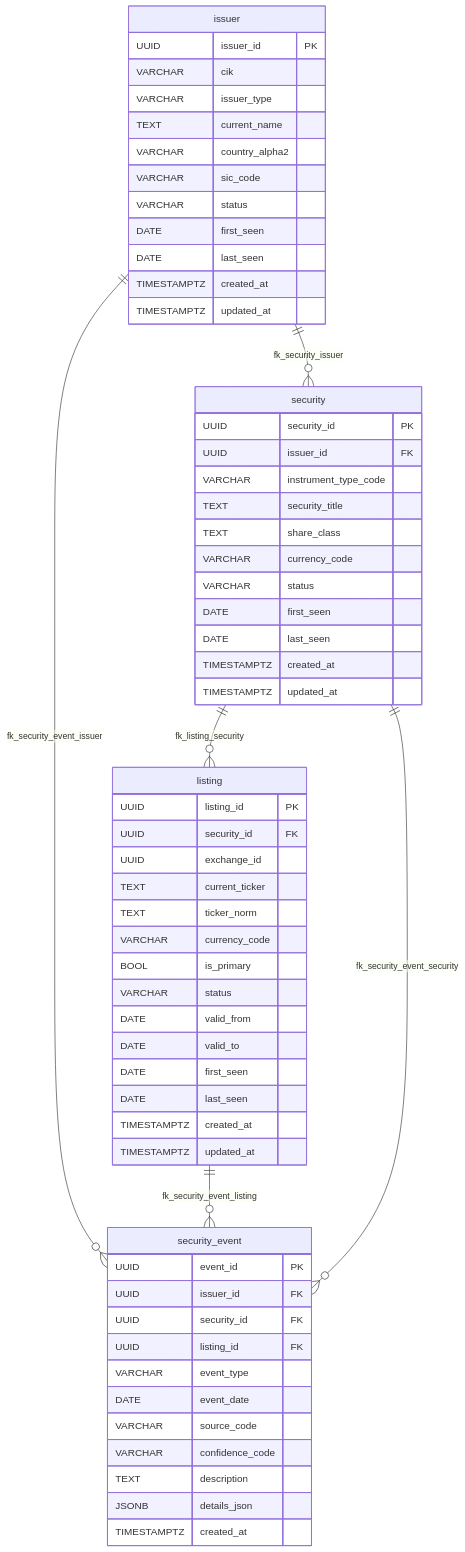
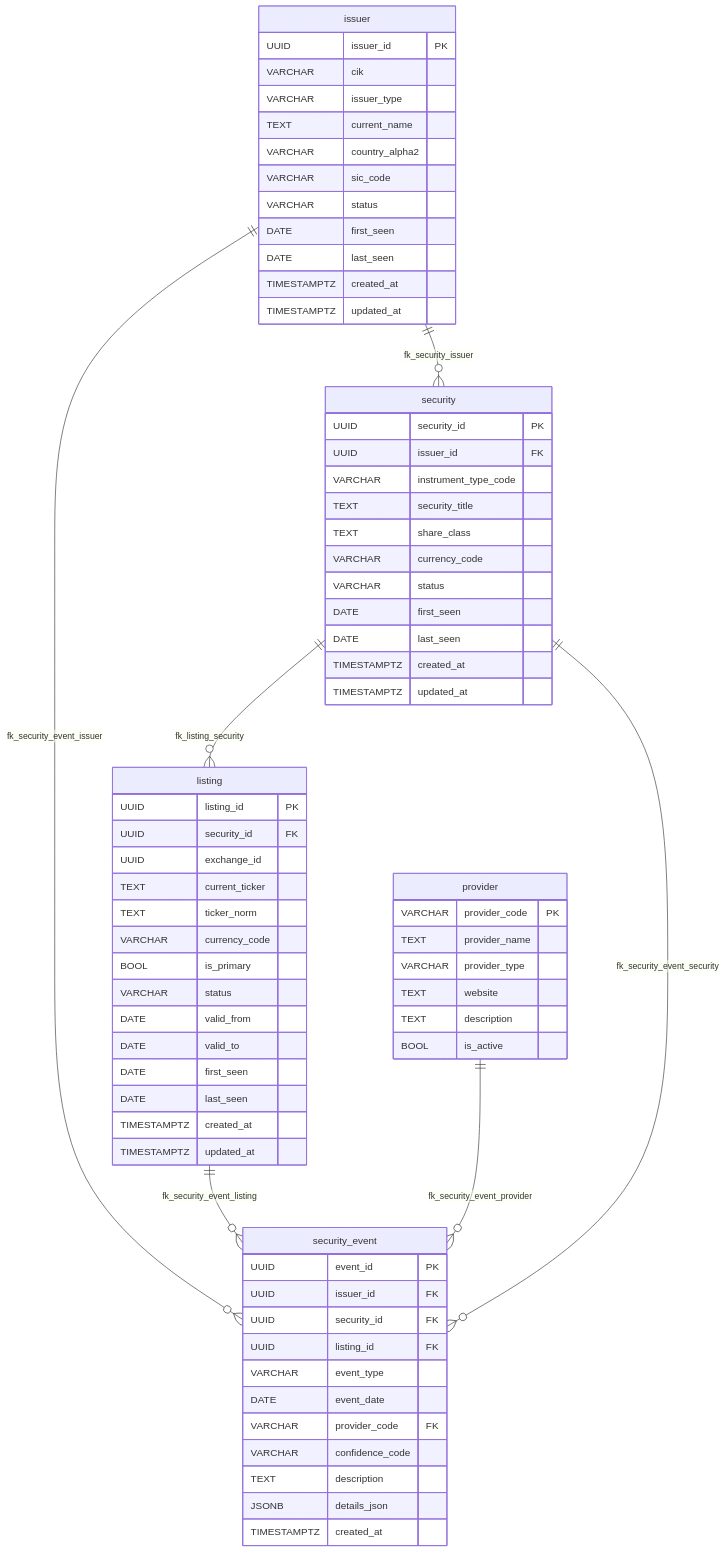
Before and after one commit to cmhettinger/empire: the diagram in docs/db/stonks/generated/erd-groups/security-events.md, drawn with Mermaid. The commit also changed 79 other files, not shown here.

````diff
--- a/docs/db/stonks/generated/erd-groups/security-events.md
+++ b/docs/db/stonks/generated/erd-groups/security-events.md
@@ -1,67 +1,77 @@
 ```mermaid
 erDiagram
   issuer {
     UUID issuer_id PK
     VARCHAR cik
     VARCHAR issuer_type
     TEXT current_name
     VARCHAR country_alpha2
     VARCHAR sic_code
     VARCHAR status
     DATE first_seen
     DATE last_seen
     TIMESTAMPTZ created_at
     TIMESTAMPTZ updated_at
   }
 
   listing {
     UUID listing_id PK
     UUID security_id FK
     UUID exchange_id
     TEXT current_ticker
     TEXT ticker_norm
     VARCHAR currency_code
     BOOL is_primary
     VARCHAR status
     DATE valid_from
     DATE valid_to
     DATE first_seen
     DATE last_seen
     TIMESTAMPTZ created_at
     TIMESTAMPTZ updated_at
   }
 
+  provider {
+    VARCHAR provider_code PK
+    TEXT provider_name
+    VARCHAR provider_type
+    TEXT website
+    TEXT description
+    BOOL is_active
+  }
+
   security {
     UUID security_id PK
     UUID issuer_id FK
     VARCHAR instrument_type_code
     TEXT security_title
     TEXT share_class
     VARCHAR currency_code
     VARCHAR status
     DATE first_seen
     DATE last_seen
     TIMESTAMPTZ created_at
     TIMESTAMPTZ updated_at
   }
 
   security_event {
     UUID event_id PK
     UUID issuer_id FK
     UUID security_id FK
     UUID listing_id FK
     VARCHAR event_type
     DATE event_date
-    VARCHAR source_code
+    VARCHAR provider_code FK
     VARCHAR confidence_code
     TEXT description
     JSONB details_json
     TIMESTAMPTZ created_at
   }
 
   security ||--o{ listing : "fk_listing_security"
   issuer ||--o{ security : "fk_security_issuer"
   issuer ||--o{ security_event : "fk_security_event_issuer"
   listing ||--o{ security_event : "fk_security_event_listing"
+  provider ||--o{ security_event : "fk_security_event_provider"
   security ||--o{ security_event : "fk_security_event_security"
 ```
````
